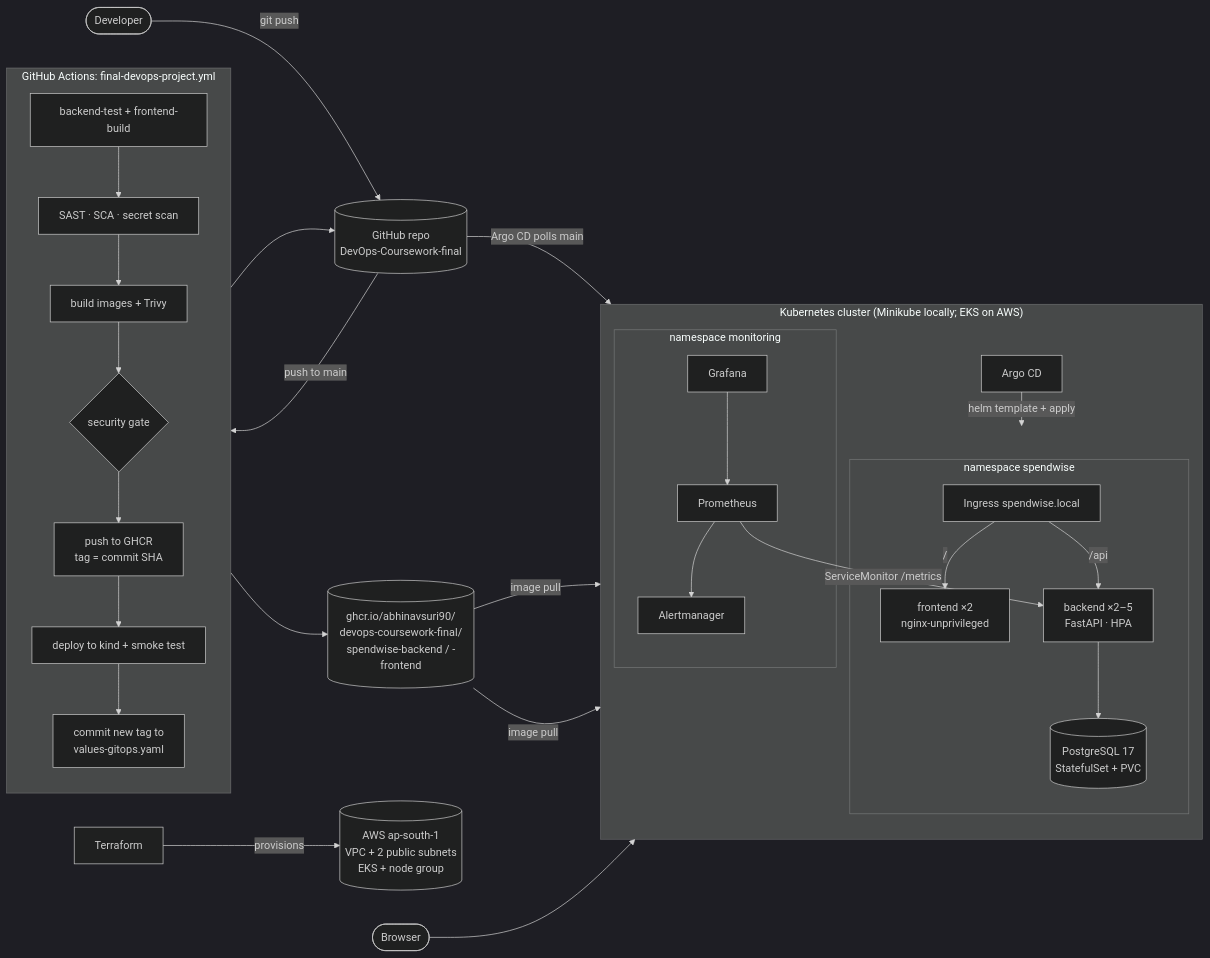
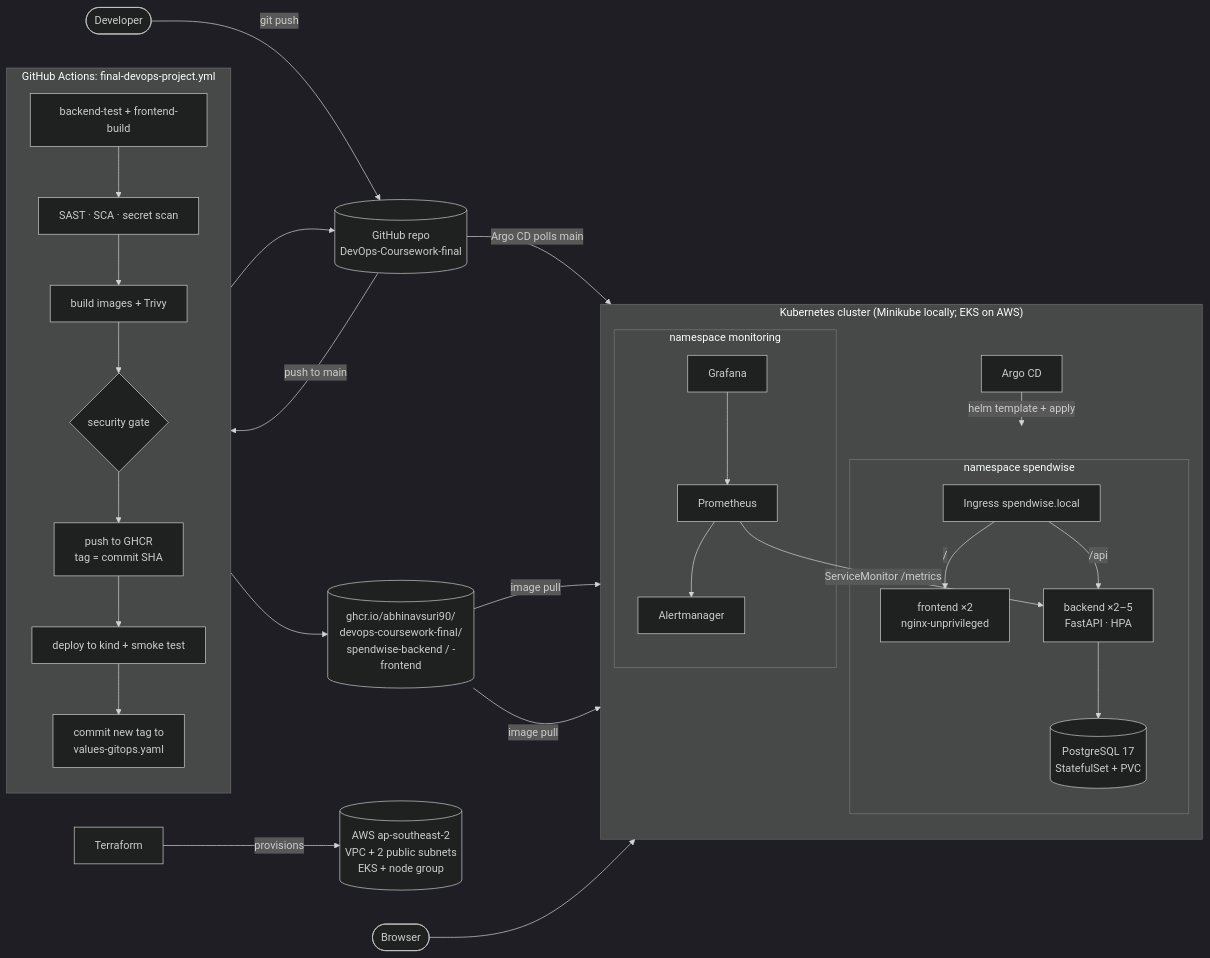
Before and after one commit to Abhinavsuri90/DevOps-Capstone: the first of 3 diagrams in README.md, drawn with Mermaid (dark theme). The commit also changed other lines of this file and 7 other files, not shown here.

First line of the commit message:
Final project: VPC + EKS applied, verified with kubectl and destroyed on AWS

````diff
--- a/README.md
+++ b/README.md
@@ -95,39 +95,39 @@
 ```mermaid
 flowchart LR
     Dev([Developer]) -->|git push| Repo[(GitHub repo<br/>DevOps-Coursework-final)]
     Repo -->|push to main| CI
 
     subgraph CI["GitHub Actions: final-devops-project.yml"]
       direction TB
       T[backend-test + frontend-build] --> SEC[SAST · SCA · secret scan]
       SEC --> IMG[build images + Trivy]
       IMG --> GATE{security gate}
       GATE --> PUSH[push to GHCR<br/>tag = commit SHA]
       PUSH --> KIND[deploy to kind + smoke test]
       KIND --> BUMP[commit new tag to<br/>values-gitops.yaml]
     end
 
     PUSH --> GHCR[(ghcr.io/abhinavsuri90/<br/>devops-coursework-final/<br/>spendwise-backend / -frontend)]
     BUMP --> Repo
 
     subgraph K8s["Kubernetes cluster (Minikube locally; EKS on AWS)"]
       direction TB
       Argo[Argo CD] -->|helm template + apply| NS
       subgraph NS["namespace spendwise"]
         ING[Ingress spendwise.local] -->|/| FE[frontend ×2<br/>nginx-unprivileged]
         ING -->|/api| BE[backend ×2–5<br/>FastAPI · HPA]
         BE --> PG[(PostgreSQL 17<br/>StatefulSet + PVC)]
       end
       subgraph MON["namespace monitoring"]
         PROM[Prometheus] --> AM[Alertmanager]
         GRAF[Grafana] --> PROM
       end
       PROM -->|ServiceMonitor /metrics| BE
     end
 
     Repo -->|Argo CD polls main| Argo
     GHCR -->|image pull| BE
     GHCR -->|image pull| FE
-    TF[Terraform] -->|provisions| AWS[(AWS ap-south-1<br/>VPC + 2 public subnets<br/>EKS + node group)]
+    TF[Terraform] -->|provisions| AWS[(AWS ap-southeast-2<br/>VPC + 2 public subnets<br/>EKS + node group)]
     User([Browser]) --> ING
 ```
````
